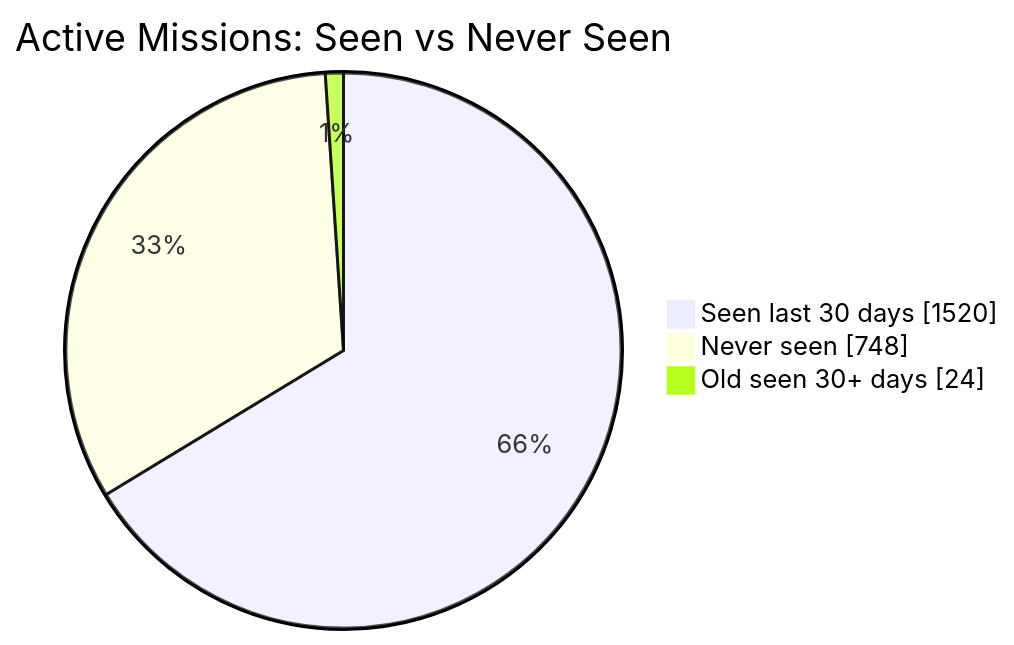
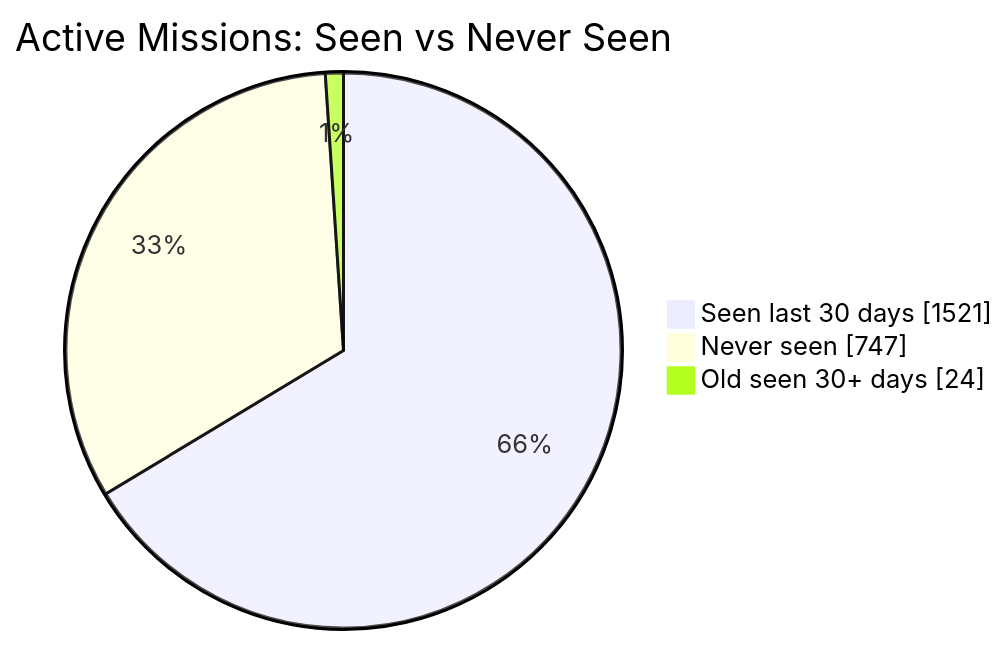
The first of 2 diagrams in README.md (MeldkamerspelGameTeam/active-missions), drawn with Mermaid before and after one commit. The commit also changed other lines of this file and 2 other files, not shown here.

````diff
--- a/README.md
+++ b/README.md
@@ -34,7 +34,7 @@
 ```mermaid
 pie showData
     title Active Missions: Seen vs Never Seen
-    "Seen last 30 days" : 1520
-    "Never seen" : 748
+    "Seen last 30 days" : 1521
+    "Never seen" : 747
     "Old seen 30+ days" : 24
 ```
````
